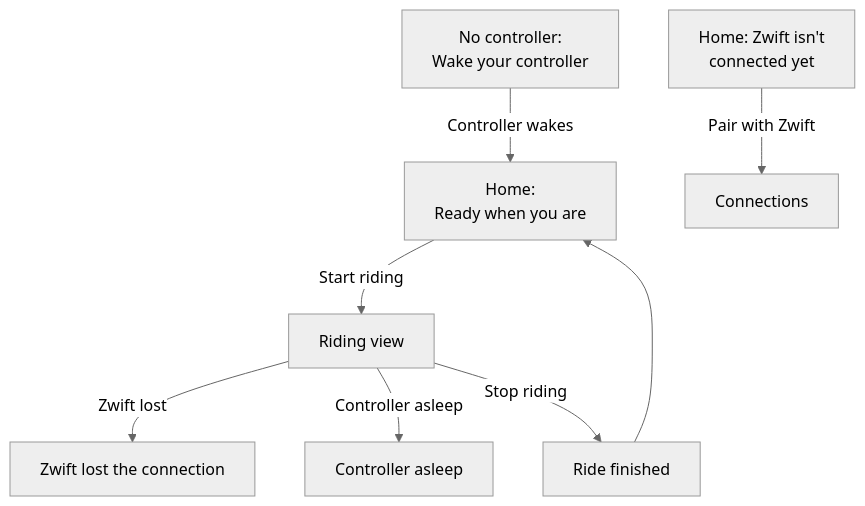
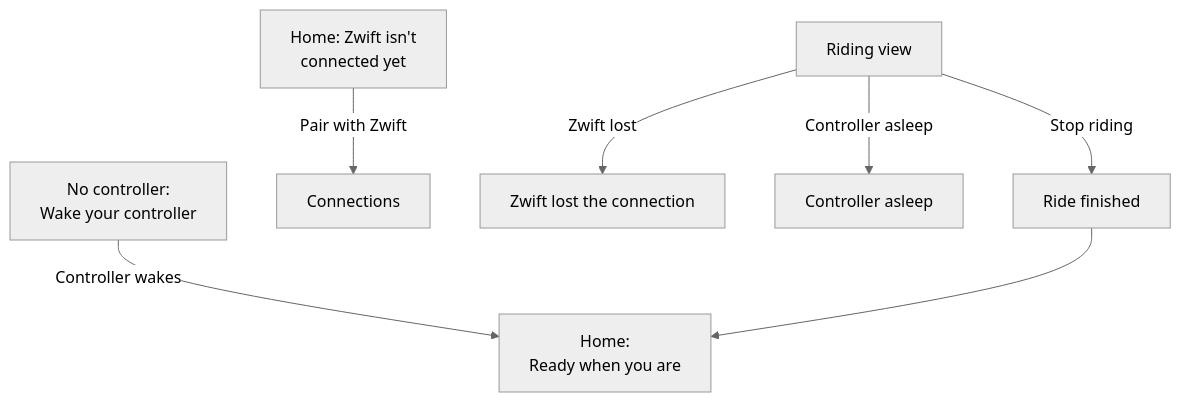
The diagram in docs/spec/screens/ride.md (VoltageSolutions/GameControllerForZwift), drawn with Mermaid (neutral theme) before and after one commit. The commit also changed other lines of this file and 11 other files, not shown here.

````diff
--- a/docs/spec/screens/ride.md
+++ b/docs/spec/screens/ride.md
@@ -14,10 +14,11 @@
 ```mermaid
 flowchart TD
-    H["Home:<br/>Ready when you are"] -->|"Start riding"| R["Riding view"]
+    H["Home:<br/>Ready when you are"]
+    R["Riding view"]
     N["No controller:<br/>Wake your controller"] -->|"Controller wakes"| H
     Z["Home: Zwift isn't<br/>connected yet"] -->|"Pair with Zwift"| C["Connections"]
     R -->|"Zwift lost"| L["Zwift lost the connection"]
     R -->|"Controller asleep"| S["Controller asleep"]
     R -->|"Stop riding"| F["Ride finished"]
     F --> H
 ```
````
